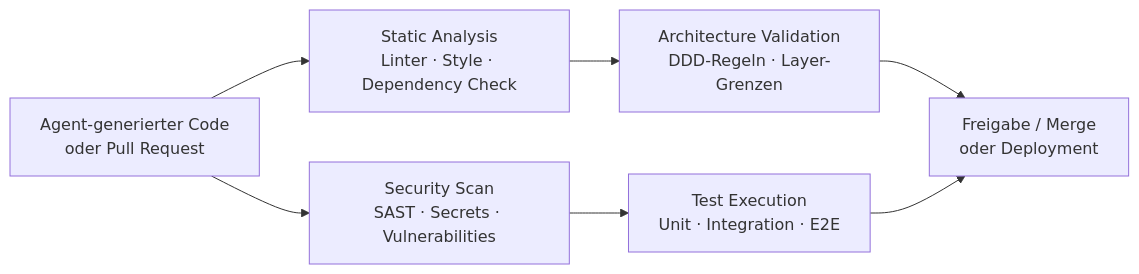
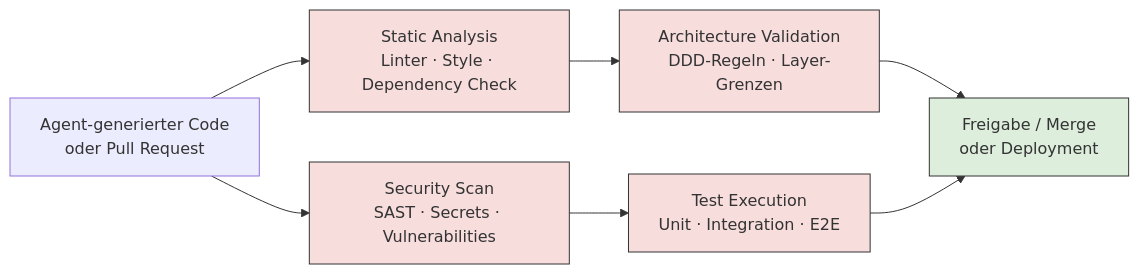
One commit to mjanda0815/agentic-publikation changed the diagram in abbildungen/abb12.mmd. Above: the diagram before and after it, drawn with Mermaid. The commit also changed 62 other files, not shown here.

```diff
--- a/abbildungen/abb12.mmd
+++ b/abbildungen/abb12.mmd
@@ -1,11 +1,15 @@
 flowchart LR
     CODE["Agent-generierter Code<br/>oder Pull Request"]
     SA["Static Analysis<br/>Linter · Style · Dependency Check"]
     SS["Security Scan<br/>SAST · Secrets · Vulnerabilities"]
     AV["Architecture Validation<br/>DDD-Regeln · Layer-Grenzen"]
     TE["Test Execution<br/>Unit · Integration · E2E"]
     OK["Freigabe / Merge<br/>oder Deployment"]
     CODE --> SA --> AV
     CODE --> SS --> TE
     AV --> OK
     TE --> OK
+    classDef check fill:#f8dddd,stroke:#333333
+    classDef ok fill:#ddeedd,stroke:#333333
+    class SA,SS,AV,TE check
+    class OK ok
```
